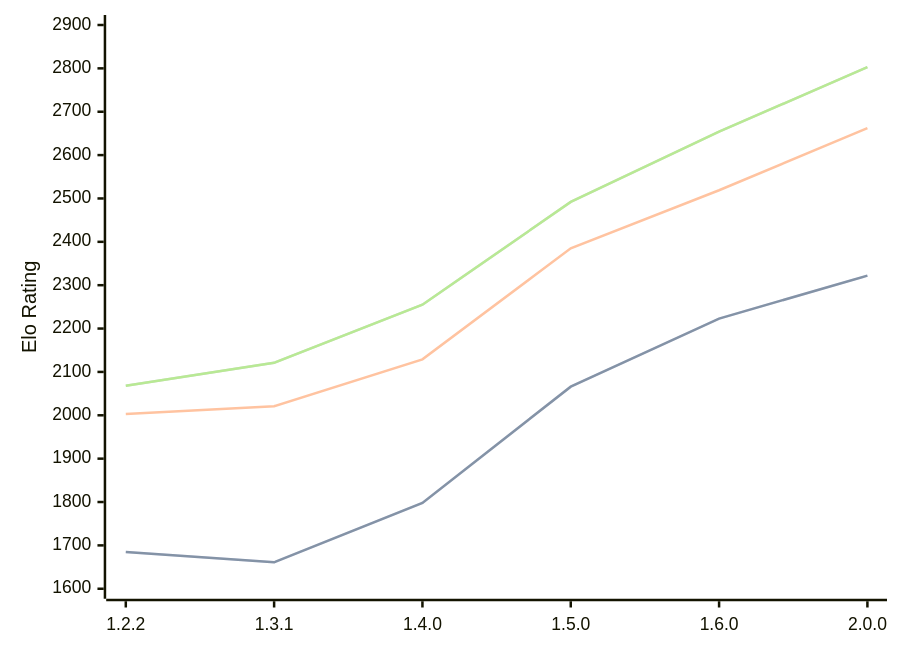
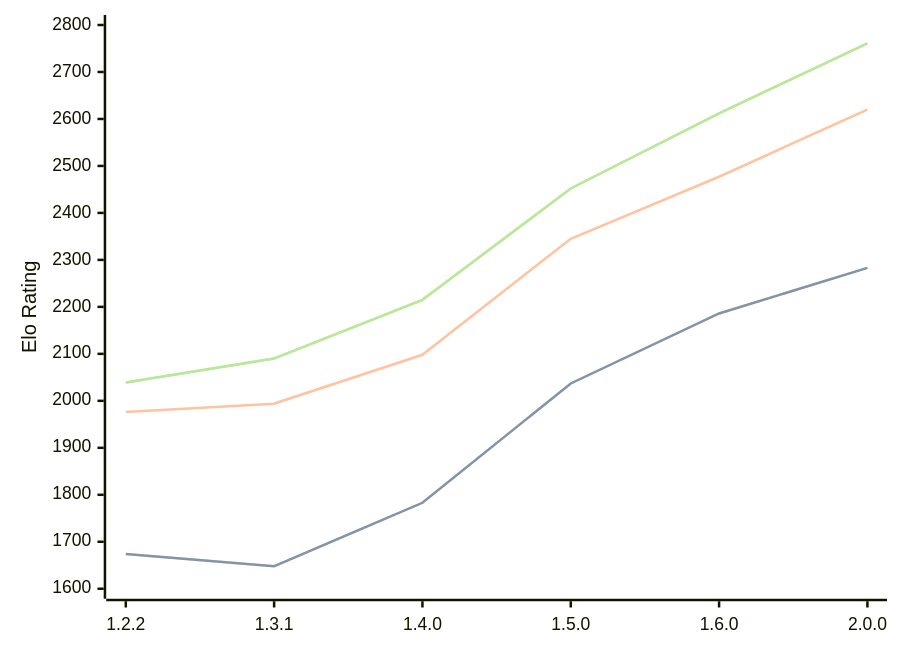
Before and after one commit to computer-chess-index/cci: the diagram in engines/SoloEngine.md, drawn with Mermaid. The commit also changed other lines of this file, not shown here.

Commit message:
Update CCI Ratings (ELO VLTC) - 2026-05-19

````diff
--- a/engines/SoloEngine.md
+++ b/engines/SoloEngine.md
@@ -37,11 +37,11 @@
 ```mermaid
 %%{init: {"theme":"base","themeVariables":{"seriesColors:['#a3a3a3','#222221','#faa371']}}}%%
 xychart-beta
   x-axis ["1.2.2", "1.3.1", "1.4.0", "1.5.0", "1.6.0", "2.0.0"]
-  y-axis "Elo Rating" 1600 --> 2900
-  line "STC (8.0+0.08s)" [1685, 1661, 1798, 2066, 2223, 2322]
-  line "STC (8.0+0.08s)" [1685, 1661, 1798, 2066, 2223, 2322]
-  line "LTC (60.0+0.60s)" [2003, 2021, 2129, 2385, 2519, 2662]
-  line "VLTC (2m24s+1.12s)" [2068, 2121, 2255, 2492, 2654, 2803]
-  line "VLTC (2m24s+1.12s)" [2068, 2121, 2255, 2492, 2654, 2803]
+  y-axis "Elo Rating" 1600 --> 2800
+  line "STC (8.0+0.08s)" [1674, 1648, 1783, 2037, 2186, 2283]
+  line "STC (8.0+0.08s)" [1674, 1648, 1783, 2037, 2186, 2283]
+  line "LTC (60.0+0.60s)" [1976, 1994, 2098, 2345, 2477, 2620]
+  line "VLTC (2m24s+1.12s)" [2039, 2090, 2215, 2452, 2612, 2761]
+  line "VLTC (2m24s+1.12s)" [2039, 2090, 2215, 2452, 2612, 2761]
 ```
````
